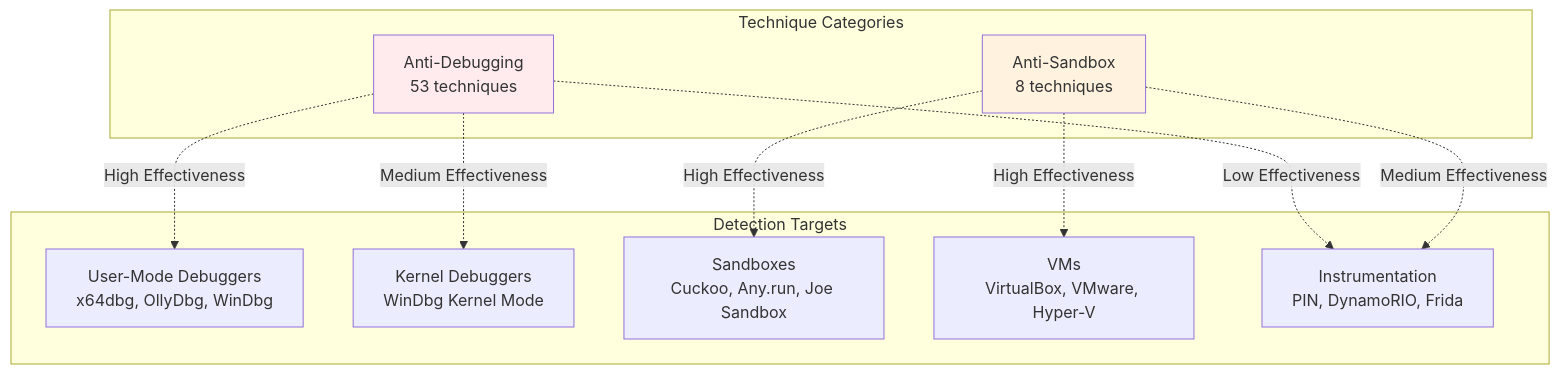
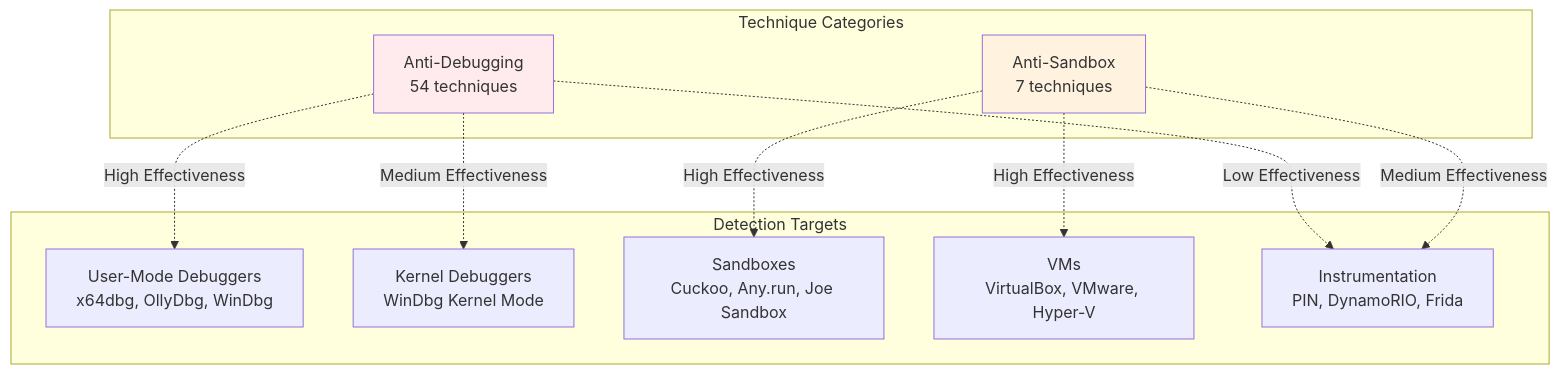
One commit to mabj/anti changed the seventh of 8 diagrams in docs/diagrams/taxonomy.md. Above: the diagram before and after it, drawn with Mermaid. The commit also changed other lines of this file and 11 other files, not shown here.

````diff
--- a/docs/diagrams/taxonomy.md
+++ b/docs/diagrams/taxonomy.md
@@ -226,26 +226,26 @@
 ```mermaid
 graph TB
     subgraph Detection Targets
         T1[User-Mode Debuggers<br/>x64dbg, OllyDbg, WinDbg]
         T2[Kernel Debuggers<br/>WinDbg Kernel Mode]
         T3[Sandboxes<br/>Cuckoo, Any.run, Joe Sandbox]
         T4[VMs<br/>VirtualBox, VMware, Hyper-V]
         T5[Instrumentation<br/>PIN, DynamoRIO, Frida]
     end
 
     subgraph Technique Categories
-        C1[Anti-Debugging<br/>53 techniques]
-        C2[Anti-Sandbox<br/>8 techniques]
+        C1[Anti-Debugging<br/>54 techniques]
+        C2[Anti-Sandbox<br/>7 techniques]
     end
 
     C1 -.High Effectiveness.-> T1
     C1 -.Medium Effectiveness.-> T2
     C1 -.Low Effectiveness.-> T5
 
     C2 -.High Effectiveness.-> T3
     C2 -.High Effectiveness.-> T4
     C2 -.Medium Effectiveness.-> T5
 
     style C1 fill:#ffebee
     style C2 fill:#fff3e0
 ```
````
